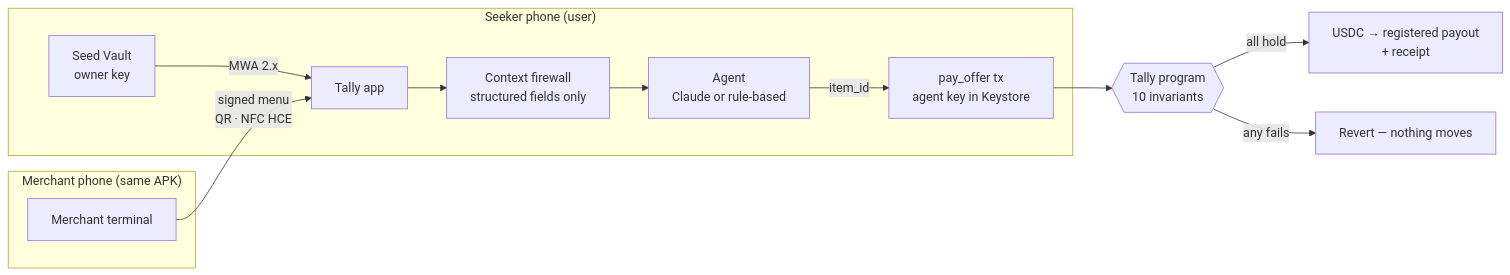
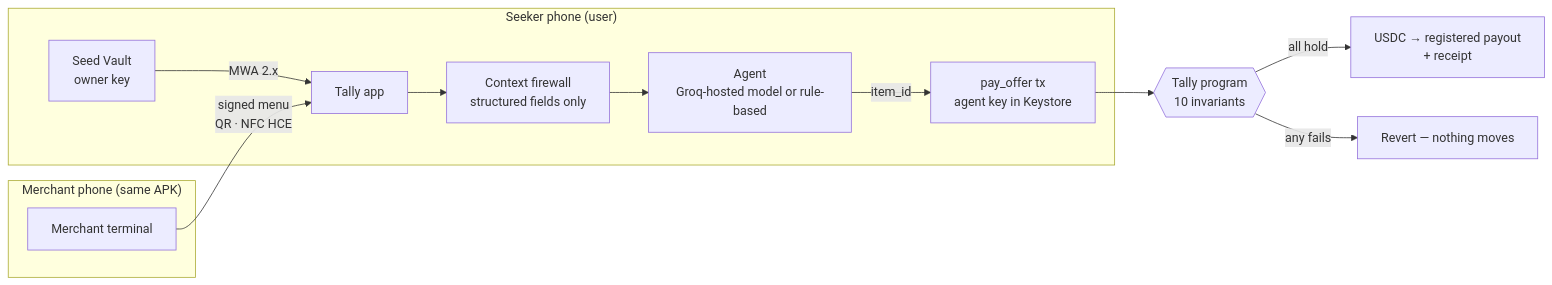
Before and after one commit to LSUDOKO/Tally: the diagram in README.md, drawn with Mermaid. The commit also changed other lines of this file and 9 other files, not shown here.

First line of the commit message:
app: run the hosted agent on Groq instead of the Anthropic SDK

````diff
--- a/README.md
+++ b/README.md
@@ -32,15 +32,15 @@
 ```mermaid
 flowchart LR
     subgraph Seeker["Seeker phone (user)"]
       SV[Seed Vault<br/>owner key] -- MWA 2.x --> APP
       APP[Tally app] --> FW[Context firewall<br/>structured fields only]
-      FW --> AG[Agent<br/>Claude or rule-based]
+      FW --> AG[Agent<br/>Groq-hosted model or rule-based]
       AG -->|item_id| TX[pay_offer tx<br/>agent key in Keystore]
     end
     subgraph Counter["Merchant phone (same APK)"]
       MT[Merchant terminal] -->|signed menu<br/>QR · NFC HCE| APP
     end
     TX --> P{{"Tally program<br/>10 invariants"}}
     P -->|all hold| PAY[USDC → registered payout<br/>+ receipt]
     P -->|any fails| REV[Revert — nothing moves]
 ```
````
